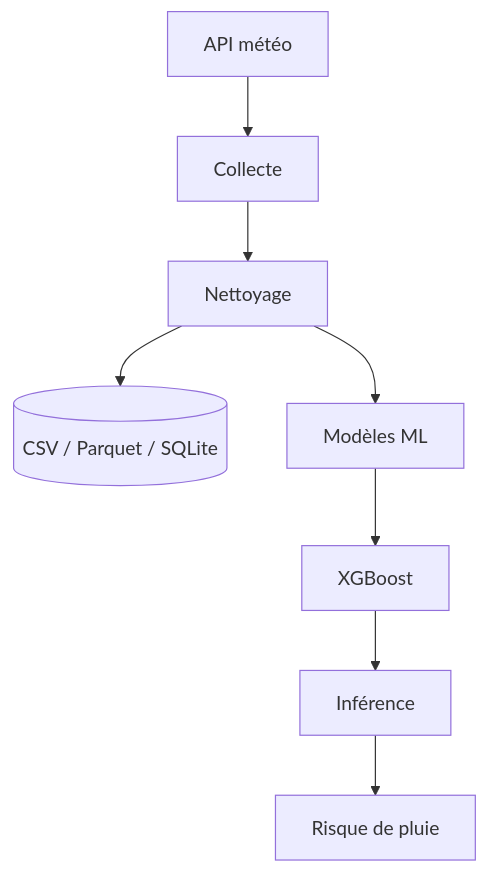
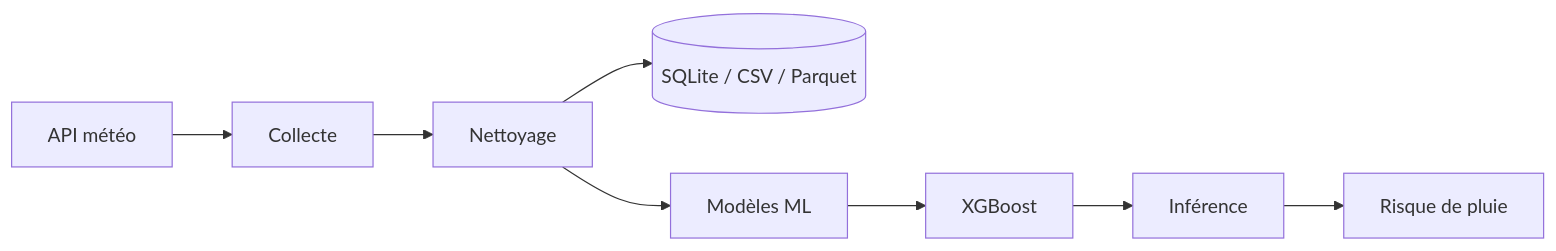
Before and after one commit to jimy-salem-52/GoutteEau: the diagram in README.md, drawn with Mermaid.

Commit message:
Update flowchart order in README.md

````diff
--- a/README.md
+++ b/README.md
@@ -6,10 +6,10 @@
 ```mermaid
-flowchart TD
+flowchart LR
     A[API météo] --> B[Collecte]
     B --> C[Nettoyage]
-    C --> D[(CSV / Parquet / SQLite)]
+    C --> D[(SQLite / CSV / Parquet)]
     C --> E[Modèles ML]
     E --> F[XGBoost]
     F --> G[Inférence]
     G --> H[Risque de pluie]
 ```
````
